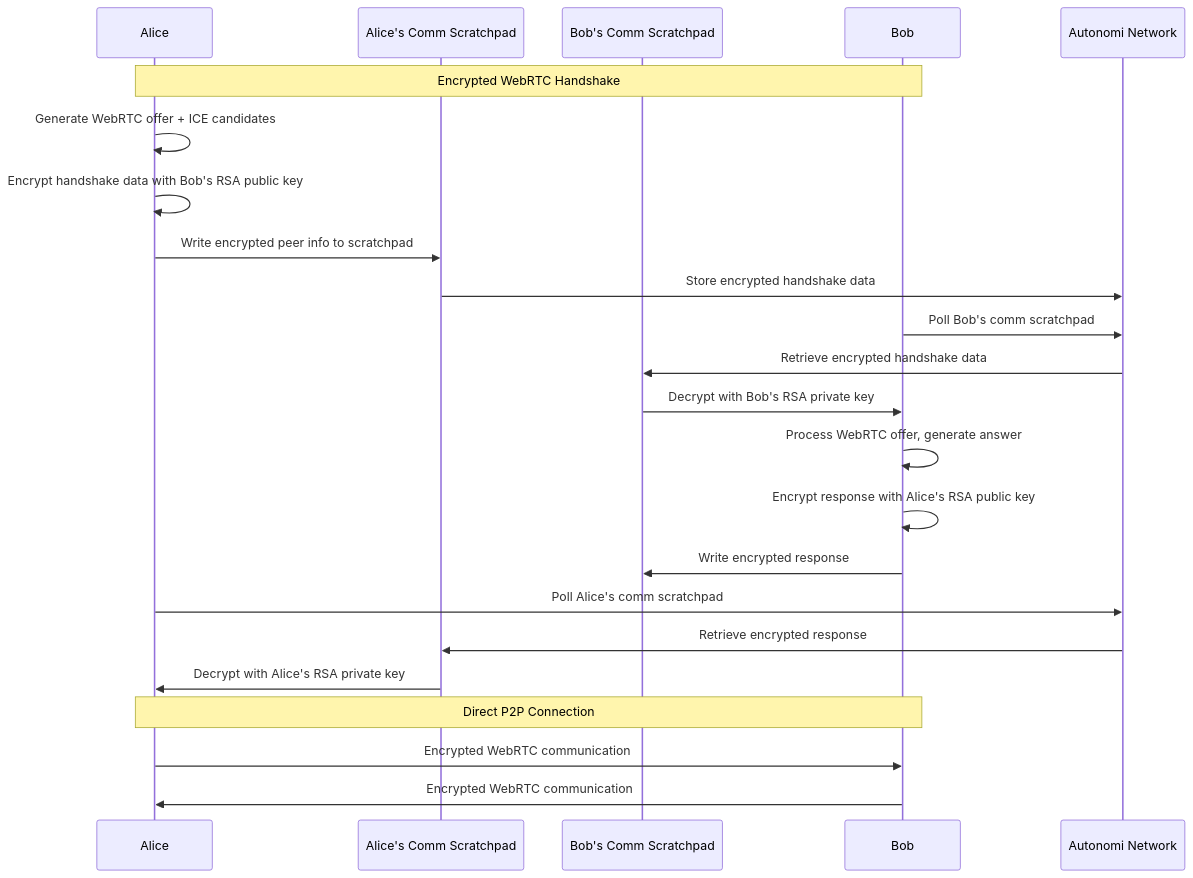
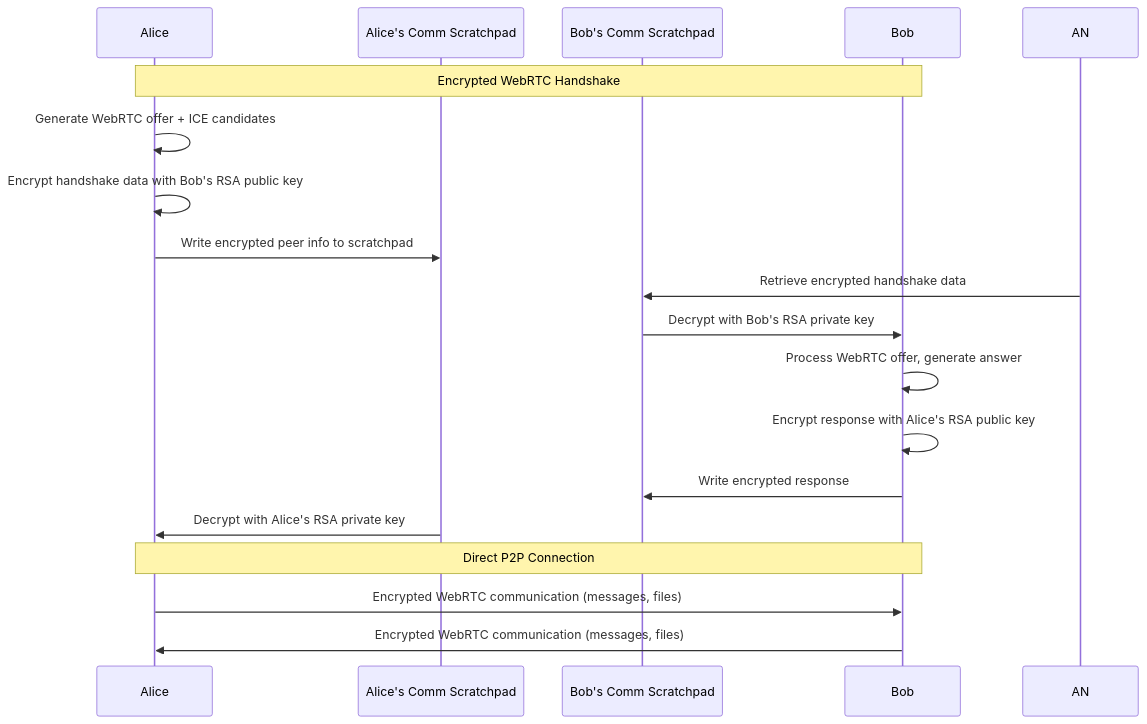
The third of 4 diagrams in README.md (rid-dim/friends), drawn with Mermaid before and after one commit.

Commit message:
README.md aktualisiert

````diff
--- a/README.md
+++ b/README.md
@@ -124,29 +124,24 @@
 ```mermaid
 sequenceDiagram
     participant A as Alice
     participant ACS as Alice's Comm Scratchpad
     participant BCS as Bob's Comm Scratchpad
     participant B as Bob
-    participant AN as Autonomi Network
 
     Note over A,B: Encrypted WebRTC Handshake
     A->>A: Generate WebRTC offer + ICE candidates
     A->>A: Encrypt handshake data with Bob's RSA public key
     A->>ACS: Write encrypted peer info to scratchpad
-    ACS->>AN: Store encrypted handshake data
-
-    B->>AN: Poll Bob's comm scratchpad
+    
     AN->>BCS: Retrieve encrypted handshake data
     BCS->>B: Decrypt with Bob's RSA private key
     B->>B: Process WebRTC offer, generate answer
     B->>B: Encrypt response with Alice's RSA public key
     B->>BCS: Write encrypted response
 
-    A->>AN: Poll Alice's comm scratchpad
-    AN->>ACS: Retrieve encrypted response
     ACS->>A: Decrypt with Alice's RSA private key
-    
+
     Note over A,B: Direct P2P Connection
-    A->>B: Encrypted WebRTC communication
-    B->>A: Encrypted WebRTC communication
+    A->>B: Encrypted WebRTC communication (messages, files)
+    B->>A: Encrypted WebRTC communication (messages, files)
 ```
````
